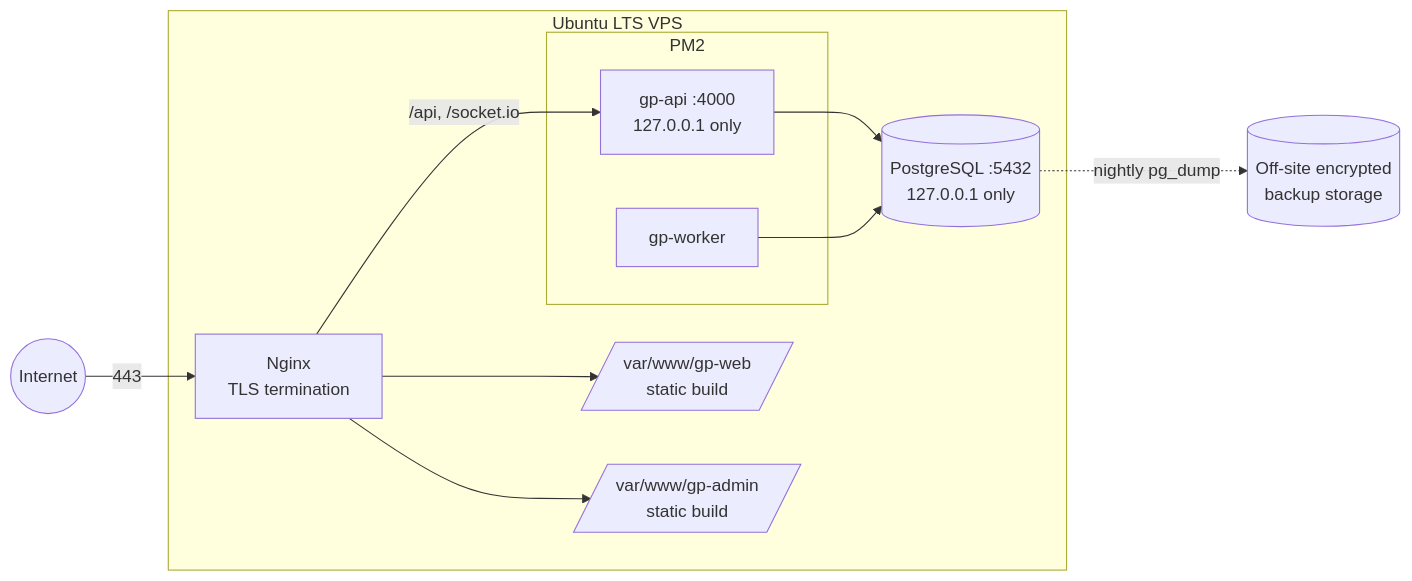
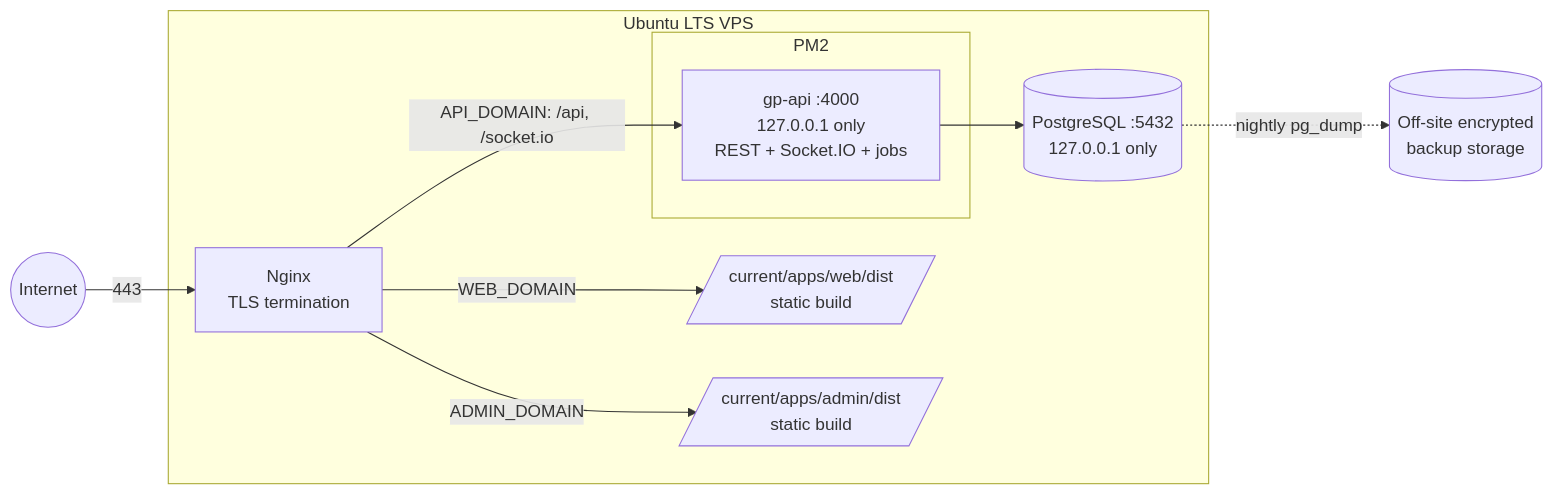
Before and after one commit to raviraja03/garba-partner: the second of 2 diagrams in docs/architecture/system-architecture.md, drawn with Mermaid. The commit also changed other lines of this file and 52 other files, not shown here.

````diff
--- a/docs/architecture/system-architecture.md
+++ b/docs/architecture/system-architecture.md
@@ -62,21 +64,19 @@
 ```mermaid
 flowchart LR
     internet((Internet)) -->|443| nginx
     subgraph VPS[Ubuntu LTS VPS]
         nginx[Nginx<br/>TLS termination]
-        webstatic[/var/www/gp-web<br/>static build/]
-        admstatic[/var/www/gp-admin<br/>static build/]
+        webstatic[/current/apps/web/dist<br/>static build/]
+        admstatic[/current/apps/admin/dist<br/>static build/]
         subgraph PM2
-            apip[gp-api :4000<br/>127.0.0.1 only]
-            wrk[gp-worker]
+            apip[gp-api :4000<br/>127.0.0.1 only<br/>REST + Socket.IO + jobs]
         end
         pg[(PostgreSQL :5432<br/>127.0.0.1 only)]
-        nginx --> webstatic
-        nginx --> admstatic
-        nginx -->|/api, /socket.io| apip
+        nginx -->|WEB_DOMAIN| webstatic
+        nginx -->|ADMIN_DOMAIN| admstatic
+        nginx -->|API_DOMAIN: /api, /socket.io| apip
         apip --> pg
-        wrk --> pg
     end
     backup[(Off-site encrypted<br/>backup storage)]
     pg -.->|nightly pg_dump| backup
 ```
````
